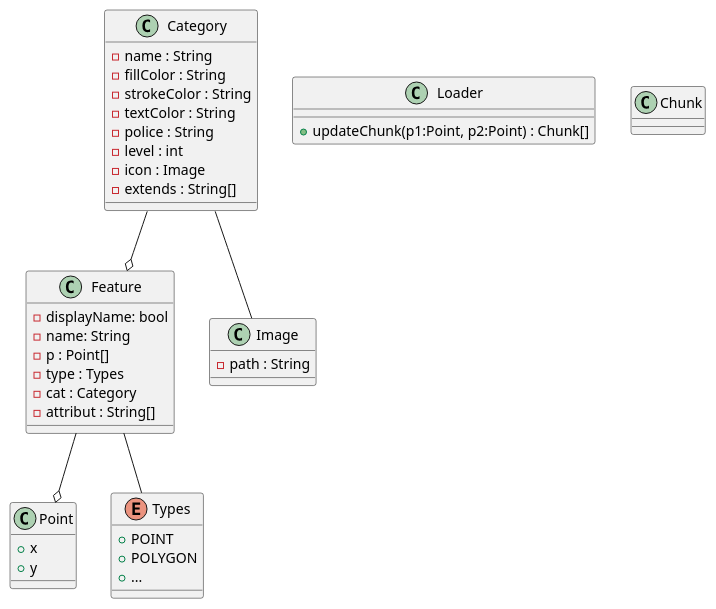
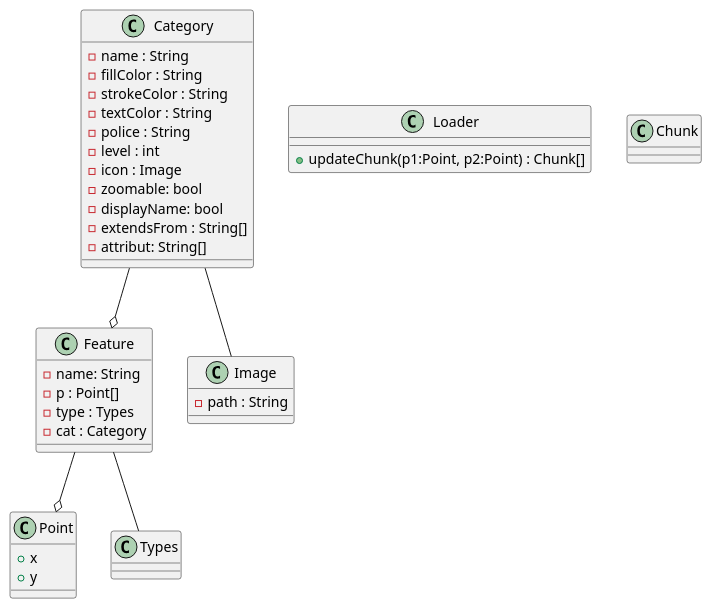
One commit to photonsquid/7map changed the diagram in management/meetings/team-data/[21-04-04]/src/digram.plantuml. Above: the diagram before and after it, drawn with PlantUML. The commit also changed 2 other files, not shown here.

```diff
--- a/management/meetings/team-data/[21-04-04]/src/digram.plantuml
+++ b/management/meetings/team-data/[21-04-04]/src/digram.plantuml
@@ -1,49 +1,46 @@
 @startuml diagram
 
 class Point{
    + x
    + y
 }
 
-enum Types{
-   + POINT
-   + POLYGON
-   + ...
-}
 class Feature{
-   - displayName: bool
    - name: String
    - p : Point[]
    - type : Types
    - cat : Category
-   - attribut : String[]
 }
 
 class Loader{
    + updateChunk(p1:Point, p2:Point) : Chunk[]
 }
 
 class Chunk{
 
 }
 
 class Category{
    - name : String
    - fillColor : String
    - strokeColor : String
    - textColor : String
    - police : String
    - level : int
    - icon : Image
-   - extends : String[]
+   - zoomable: bool
+   - displayName: bool
+   - extendsFrom : String[]
+   'pour le pathfinding
+   - attribut: String[] 
 }
 class Image{
    - path : String
 }
 
 Feature --o Point
 Feature -- Types
 Category -- Image
 Category --o Feature
 
 @enduml
```
